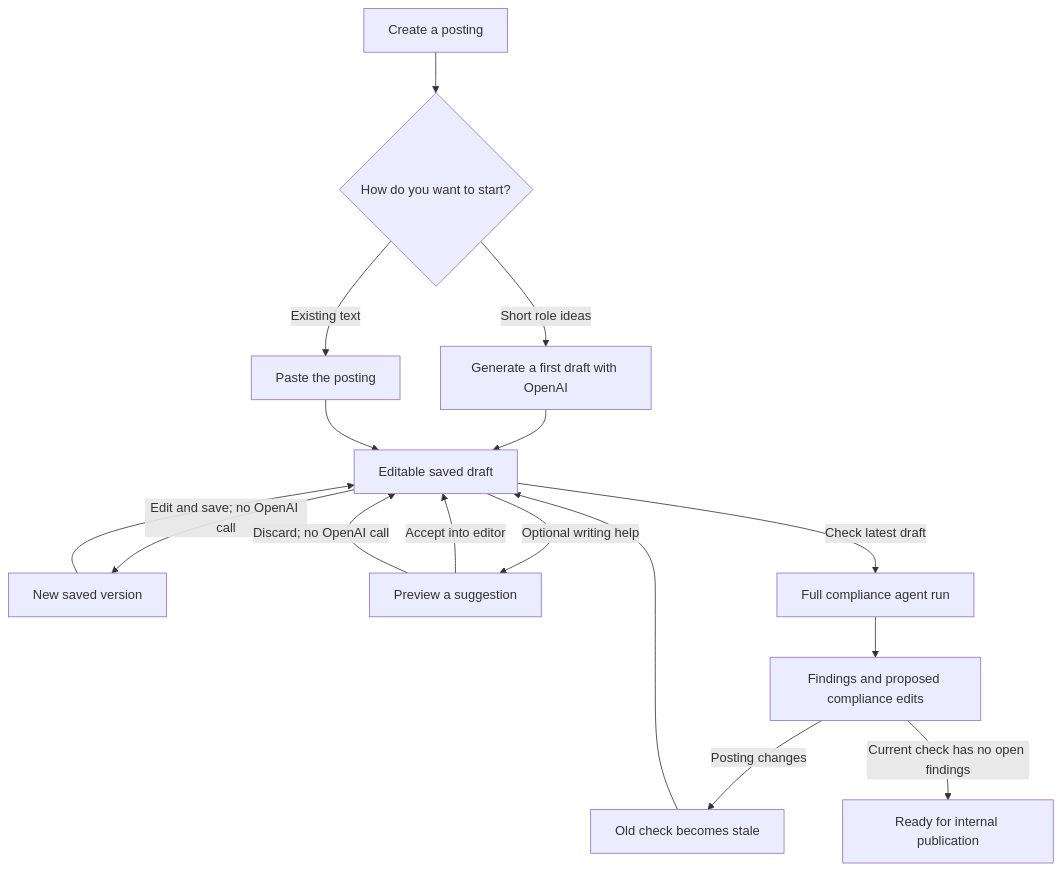
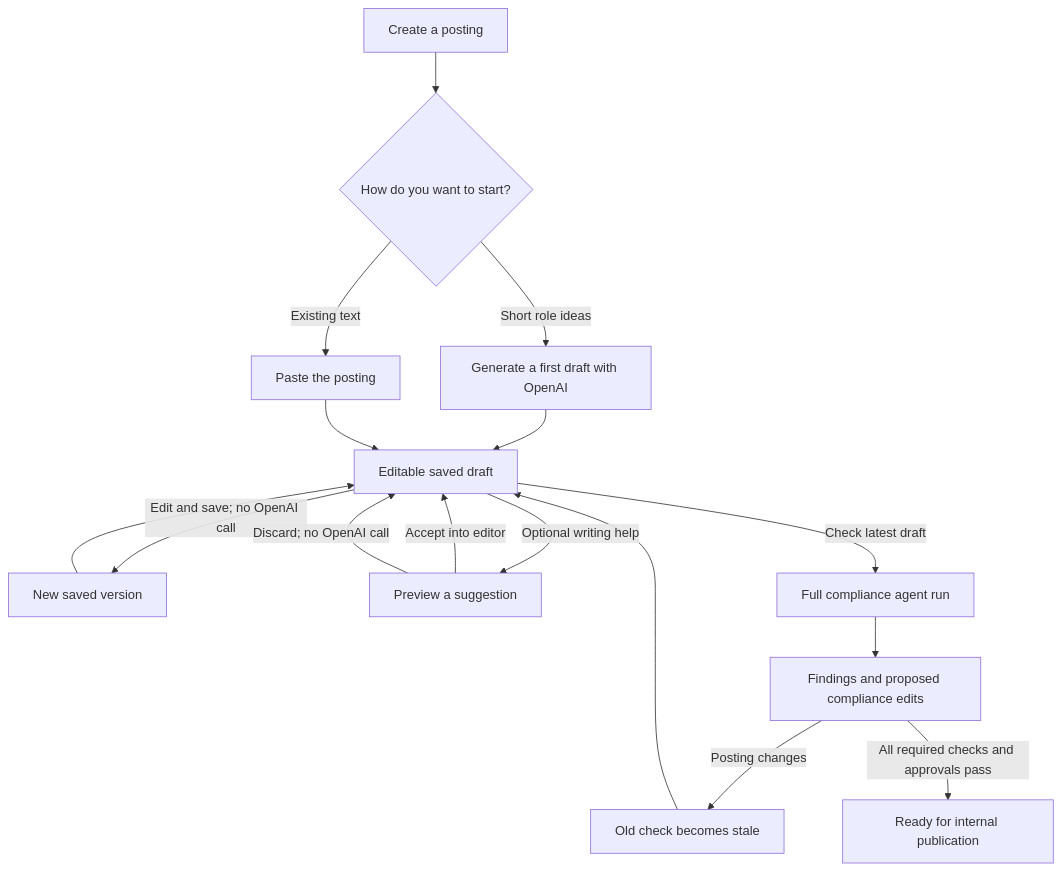
The first of 2 diagrams in README.md (Ee-Hsin/policyKit), drawn with Mermaid before and after one commit. The commit also changed other lines of this file and 5 other files, not shown here.

````diff
--- a/README.md
+++ b/README.md
@@ -49,18 +64,18 @@
 ```mermaid
 flowchart TD
     start["Create a posting"] --> path{"How do you want to start?"}
     path -->|"Short role ideas"| ideas["Generate a first draft with OpenAI"]
     path -->|"Existing text"| paste["Paste the posting"]
     ideas --> draft["Editable saved draft"]
     paste --> draft
     draft -->|"Edit and save; no OpenAI call"| version["New saved version"]
     version --> draft
     draft -->|"Optional writing help"| preview["Preview a suggestion"]
     preview -->|"Accept into editor"| draft
     preview -->|"Discard; no OpenAI call"| draft
     draft -->|"Check latest draft"| agent["Full compliance agent run"]
     agent --> result["Findings and proposed compliance edits"]
     result -->|"Posting changes"| stale["Old check becomes stale"]
     stale --> draft
-    result -->|"Current check has no open findings"| ready["Ready for internal publication"]
+    result -->|"All required checks and approvals pass"| ready["Ready for internal publication"]
 ```
````
